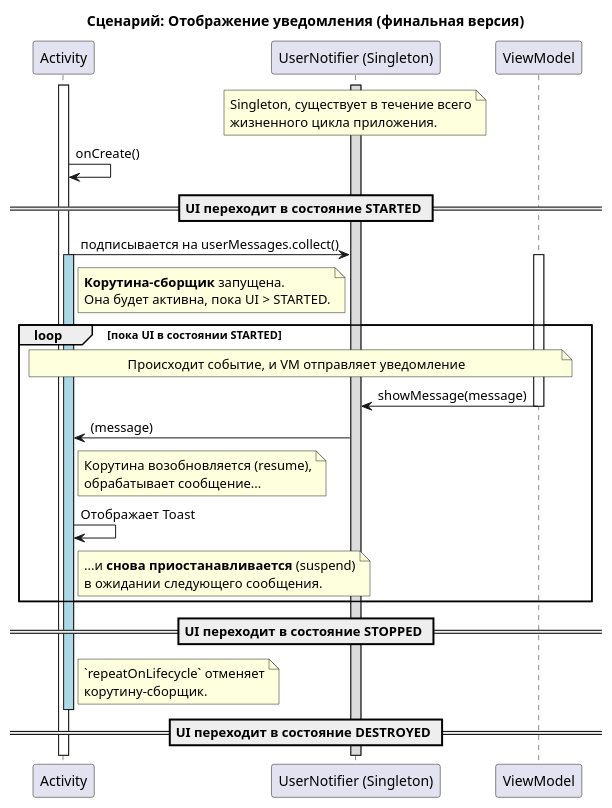
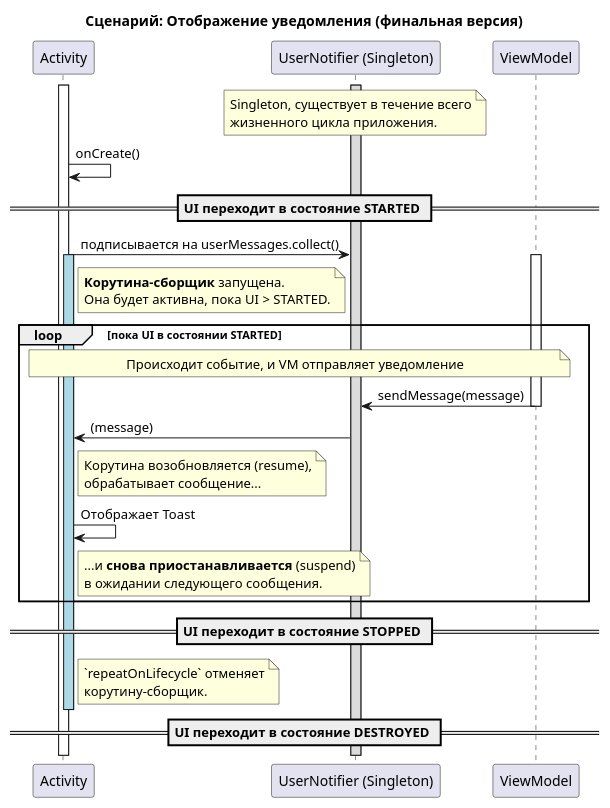
The fourth of 5 diagrams in docs/ts/MIDI_NOTIFICATION.md (astrizhachuk/PianoFlow), drawn with PlantUML before and after one commit. The commit also changed other lines of this file and 3 other files, not shown here.

Commit message:
refactor: переименовать `showMessage` в `sendMessage`

````diff
--- a/docs/ts/MIDI_NOTIFICATION.md
+++ b/docs/ts/MIDI_NOTIFICATION.md
@@ -157,42 +157,42 @@
 ```plantuml
 @startuml
 title Сценарий: Отображение уведомления (финальная версия)
 
 participant "Activity" as UI
 participant "UserNotifier (Singleton)" as Notifier
 participant "ViewModel" as VM
 
 activate Notifier #Gainsboro
 note over Notifier: Singleton, существует в течение всего\nжизненного цикла приложения.
 
 activate UI
 UI -> UI : onCreate()
 
 == UI переходит в состояние STARTED ==
 UI -> Notifier : подписывается на userMessages.collect()
 activate UI #LightBlue
 note right of UI: **Корутина-сборщик** запущена.\nОна будет активна, пока UI > STARTED.
 
 loop пока UI в состоянии STARTED
 
     note over UI, VM : Происходит событие, и VM отправляет уведомление
     activate VM
-    VM -> Notifier : showMessage(message)
+    VM -> Notifier : sendMessage(message)
     deactivate VM
 
     Notifier -> UI : (message)
     note right of UI: Корутина возобновляется (resume),\nобрабатывает сообщение...
     UI -> UI: Отображает Toast
     note right of UI: ...и **снова приостанавливается** (suspend)\nв ожидании следующего сообщения.
 
 end
 
 == UI переходит в состояние STOPPED ==
 note right of UI: `repeatOnLifecycle` отменяет\nкорутину-сборщик.
 deactivate UI #LightBlue
 
 == UI переходит в состояние DESTROYED ==
 deactivate UI
 deactivate Notifier
 @enduml
 ```
````
